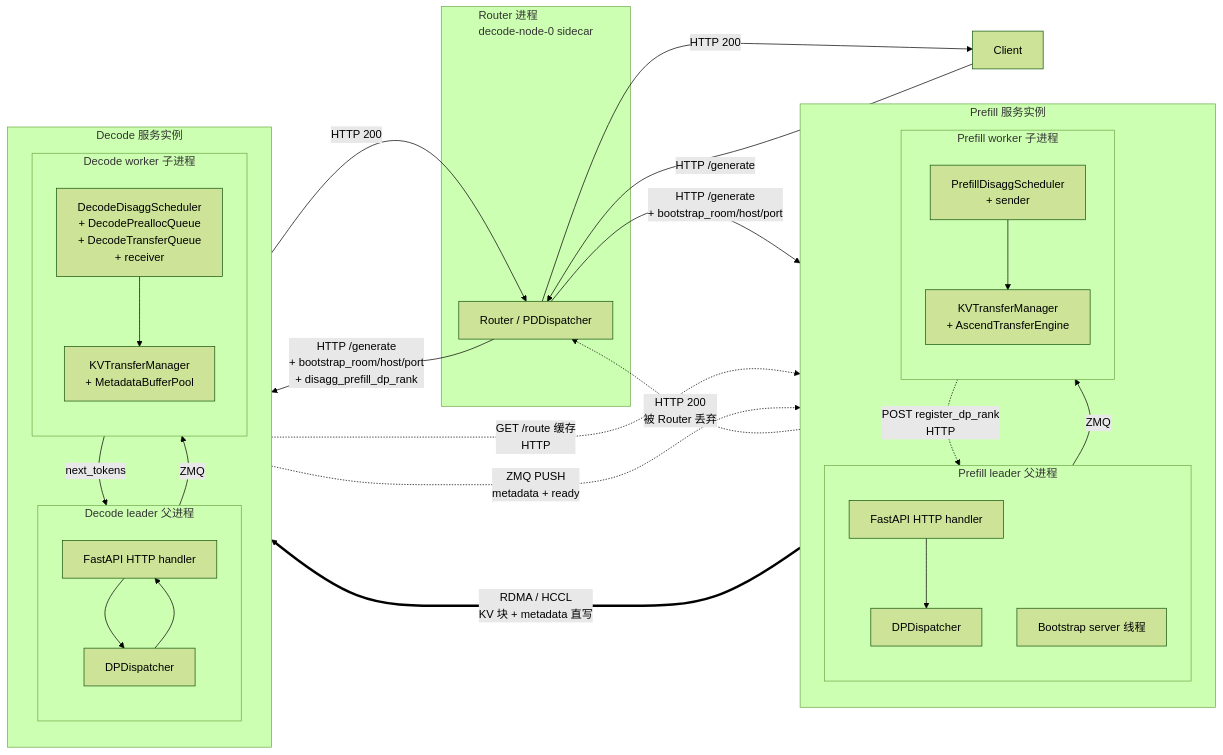
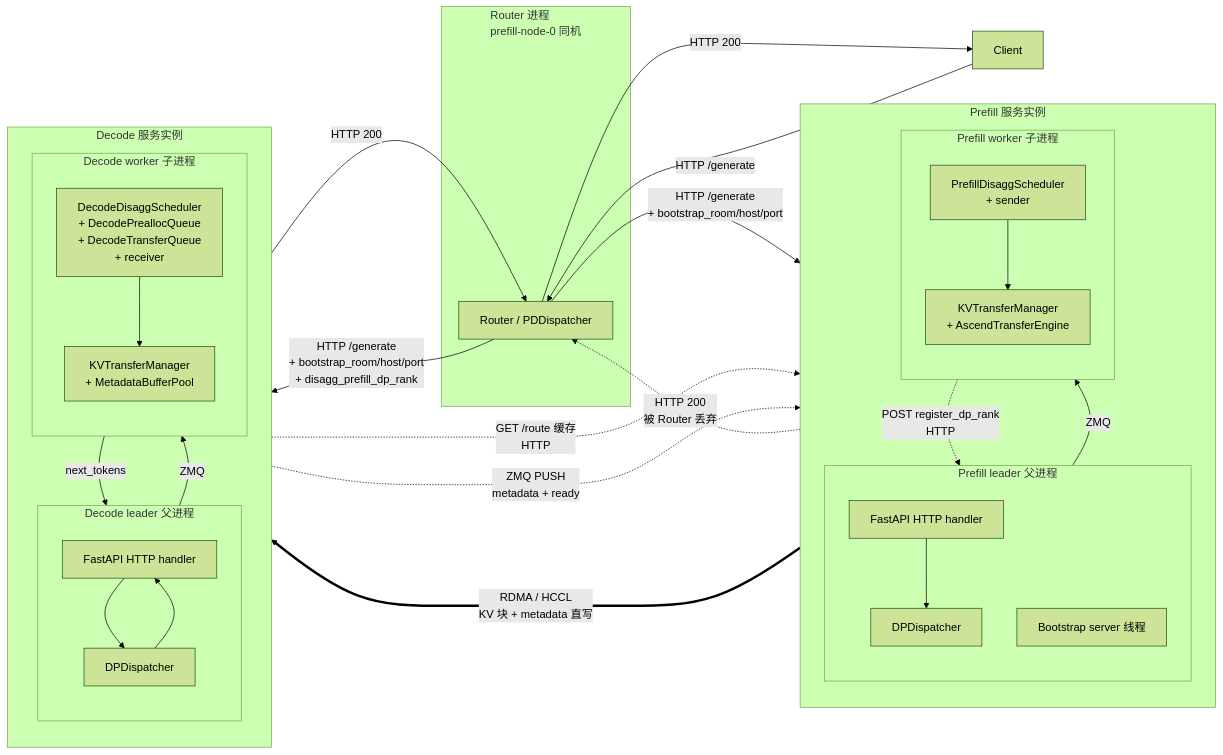
Before and after one commit to hicann/cann-recipes-infer: the third of 6 diagrams in docs/design/online_inference_design.md, drawn with Mermaid (forest theme). The commit also changed other lines of this file and 1 other file, not shown here.

````diff
--- a/docs/design/online_inference_design.md
+++ b/docs/design/online_inference_design.md
@@ -212,62 +218,62 @@
 ```mermaid
 flowchart LR
     C[Client]
 
-    subgraph RP[Router 进程<br/>decode-node-0 sidecar]
+    subgraph RP[Router 进程<br/>prefill-node-0 同机]
         R[Router / PDDispatcher]
     end
 
     subgraph PI[Prefill 服务实例]
         direction TB
         subgraph PIP[Prefill leader 父进程]
             direction TB
             PH[FastAPI HTTP handler]
             PD[DPDispatcher]
             BS[Bootstrap server 线程]
         end
         subgraph PIW[Prefill worker 子进程]
             direction TB
             PS[PrefillDisaggScheduler<br/>+ sender]
             PK[KVTransferManager<br/>+ AscendTransferEngine]
         end
     end
 
     subgraph DI[Decode 服务实例]
         direction TB
         subgraph DIP[Decode leader 父进程]
             direction TB
             DH[FastAPI HTTP handler]
             DD[DPDispatcher]
         end
         subgraph DIW[Decode worker 子进程]
             direction TB
             DS["DecodeDisaggScheduler<br/>+ DecodePreallocQueue<br/>+ DecodeTransferQueue<br/>+ receiver"]
             DK[KVTransferManager<br/>+ MetadataBufferPool]
         end
     end
 
     C -->|HTTP /generate| R
 
     R -->|HTTP /generate<br/>+ bootstrap_room/host/port| PH
     R -->|HTTP /generate<br/>+ bootstrap_room/host/port<br/>+ disagg_prefill_dp_rank| DH
 
     PH --> PD
     PD -->|ZMQ| PS
     DH --> DD
     DD -->|ZMQ| DS
 
     PS -.->|POST register_dp_rank<br/>HTTP| BS
     DS -.->|GET /route 缓存<br/>HTTP| BS
 
     DS --> DK
     DK -.->|ZMQ PUSH<br/>metadata + ready| PK
 
     PS --> PK
     PK ==>|RDMA / HCCL<br/>KV 块 + metadata 直写| DK
 
     DS -->|next_tokens| DD
     DD --> DH
     DH -->|HTTP 200| R
     PH -.->|HTTP 200<br/>被 Router 丢弃| R
     R -->|HTTP 200| C
 ```
````
